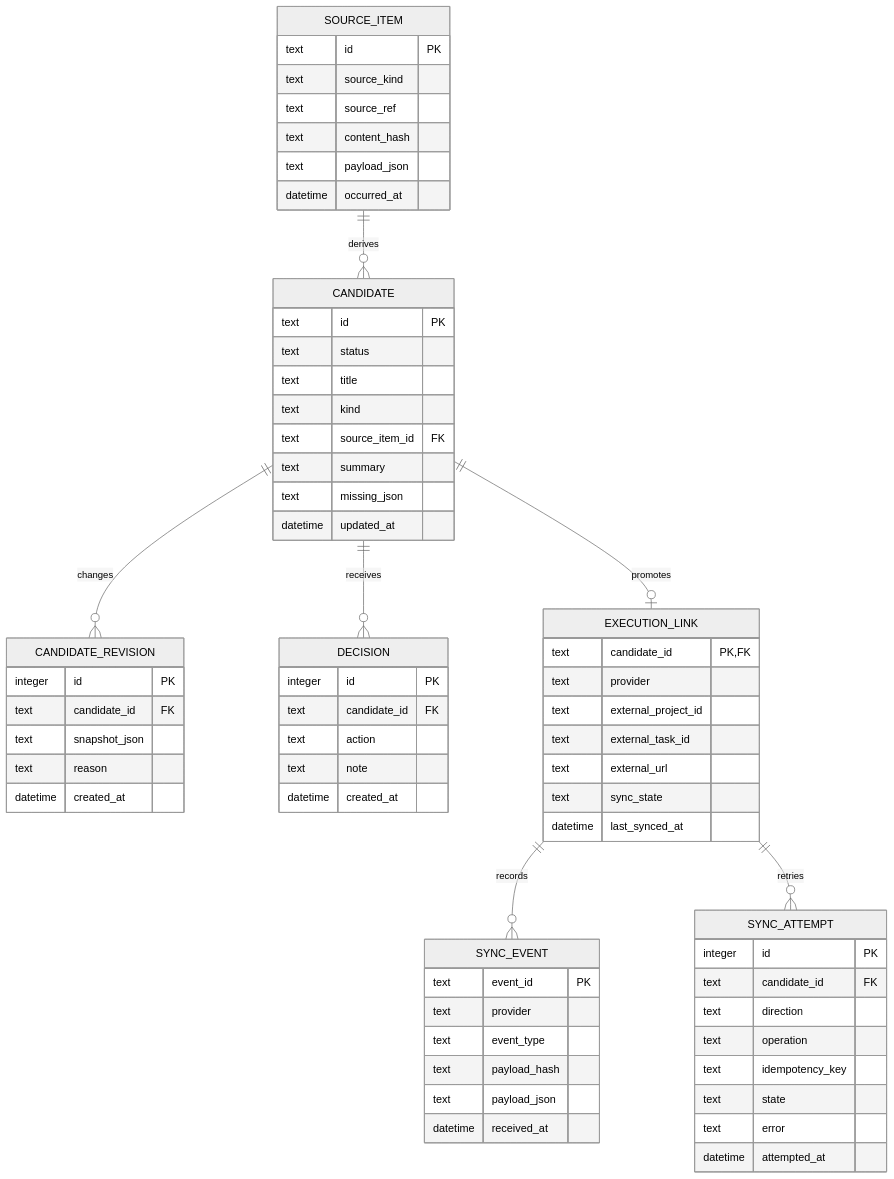
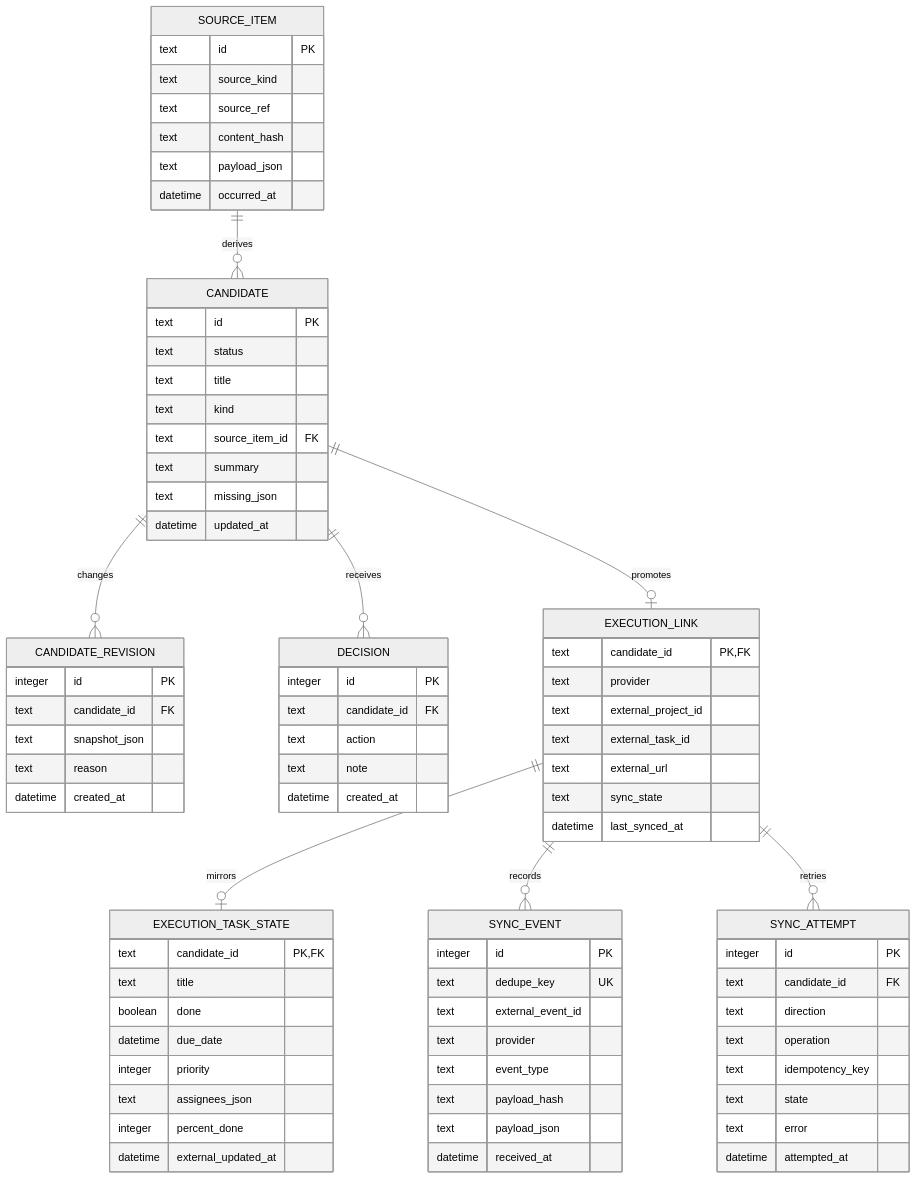
Before and after one commit to rohto4/my-pj-general: the diagram in docs/data/vikunja-integration-data-design-2026-07.md, drawn with Mermaid (neutral theme). The commit also changed other lines of this file and 24 other files, not shown here.

````diff
--- a/docs/data/vikunja-integration-data-design-2026-07.md
+++ b/docs/data/vikunja-integration-data-design-2026-07.md
@@ -20,69 +20,82 @@
 ```mermaid
 erDiagram
     SOURCE_ITEM ||--o{ CANDIDATE : derives
     CANDIDATE ||--o{ CANDIDATE_REVISION : changes
     CANDIDATE ||--o{ DECISION : receives
     CANDIDATE ||--o| EXECUTION_LINK : promotes
+    EXECUTION_LINK ||--o| EXECUTION_TASK_STATE : mirrors
     EXECUTION_LINK ||--o{ SYNC_EVENT : records
     EXECUTION_LINK ||--o{ SYNC_ATTEMPT : retries
 
     SOURCE_ITEM {
       text id PK
       text source_kind
       text source_ref
       text content_hash
       text payload_json
       datetime occurred_at
     }
     CANDIDATE {
       text id PK
       text status
       text title
       text kind
       text source_item_id FK
       text summary
       text missing_json
       datetime updated_at
     }
     CANDIDATE_REVISION {
       integer id PK
       text candidate_id FK
       text snapshot_json
       text reason
       datetime created_at
     }
     DECISION {
       integer id PK
       text candidate_id FK
       text action
       text note
       datetime created_at
     }
     EXECUTION_LINK {
       text candidate_id PK,FK
       text provider
       text external_project_id
       text external_task_id
       text external_url
       text sync_state
       datetime last_synced_at
     }
+    EXECUTION_TASK_STATE {
+      text candidate_id PK,FK
+      text title
+      boolean done
+      datetime due_date
+      integer priority
+      text assignees_json
+      integer percent_done
+      datetime external_updated_at
+    }
     SYNC_EVENT {
-      text event_id PK
+      integer id PK
+      text dedupe_key UK
+      text external_event_id
       text provider
       text event_type
       text payload_hash
       text payload_json
       datetime received_at
     }
     SYNC_ATTEMPT {
       integer id PK
       text candidate_id FK
       text direction
       text operation
       text idempotency_key
       text state
       text error
       datetime attempted_at
     }
 ```
````
